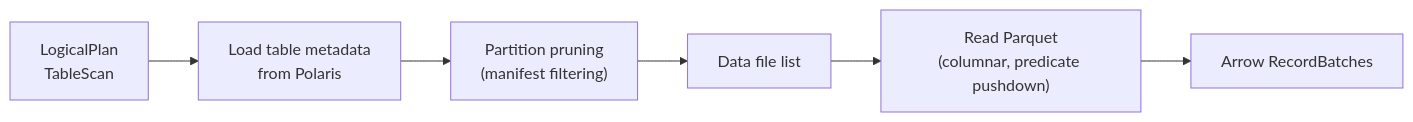
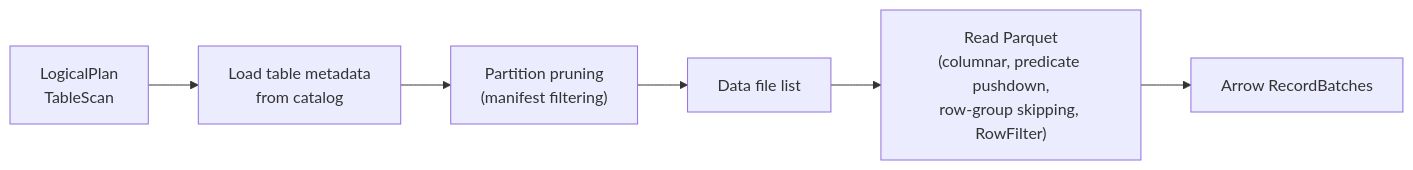
One commit to schubergphilis/sqe changed the third of 4 diagrams in docs/book/src/features/iceberg.md. Above: the diagram before and after it, drawn with Mermaid. The commit also changed other lines of this file and 4 other files, not shown here.

````diff
--- a/docs/book/src/features/iceberg.md
+++ b/docs/book/src/features/iceberg.md
@@ -66,8 +97,8 @@
 ```mermaid
 graph LR
-    PLAN["LogicalPlan<br/>TableScan"] --> META["Load table metadata<br/>from Polaris"]
+    PLAN["LogicalPlan<br/>TableScan"] --> META["Load table metadata<br/>from catalog"]
     META --> PRUNE["Partition pruning<br/>(manifest filtering)"]
     PRUNE --> FILES["Data file list"]
-    FILES --> READ["Read Parquet<br/>(columnar, predicate pushdown)"]
+    FILES --> READ["Read Parquet<br/>(columnar, predicate pushdown,<br/>row-group skipping, RowFilter)"]
     READ --> BATCH["Arrow RecordBatches"]
 ```
````
